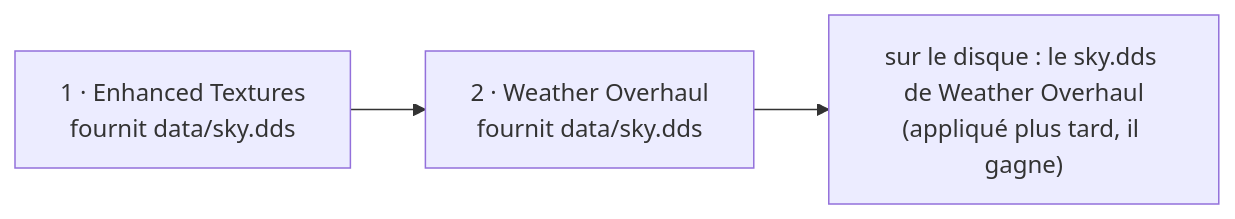
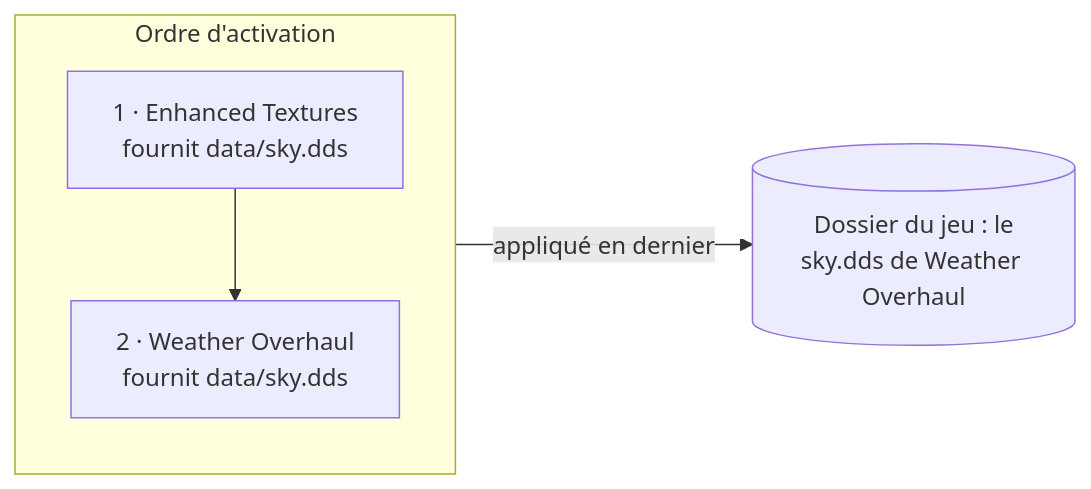
Before and after one commit to FreeProject089/BetterModsManager: the diagram in frontend/assets/docs/fr/how-it-works/load-order.md, drawn with Mermaid. The commit also changed 176 other files, not shown here.

````diff
--- a/frontend/assets/docs/fr/how-it-works/load-order.md
+++ b/frontend/assets/docs/fr/how-it-works/load-order.md
@@ -24,5 +24,8 @@
 ```mermaid
 flowchart LR
-    A["1 · Enhanced Textures<br/>fournit data/sky.dds"] --> B["2 · Weather Overhaul<br/>fournit data/sky.dds"]
-    B --> DISK["sur le disque : le sky.dds de Weather Overhaul<br/>(appliqué plus tard, il gagne)"]
+    subgraph ORDER["Ordre d'activation"]
+        direction TB
+        A["1 · Enhanced Textures<br/>fournit data/sky.dds"] --> B["2 · Weather Overhaul<br/>fournit data/sky.dds"]
+    end
+    B -- "appliqué en dernier" --> DISK[("Dossier du jeu : le<br/>sky.dds de Weather Overhaul")]
 ```
````
